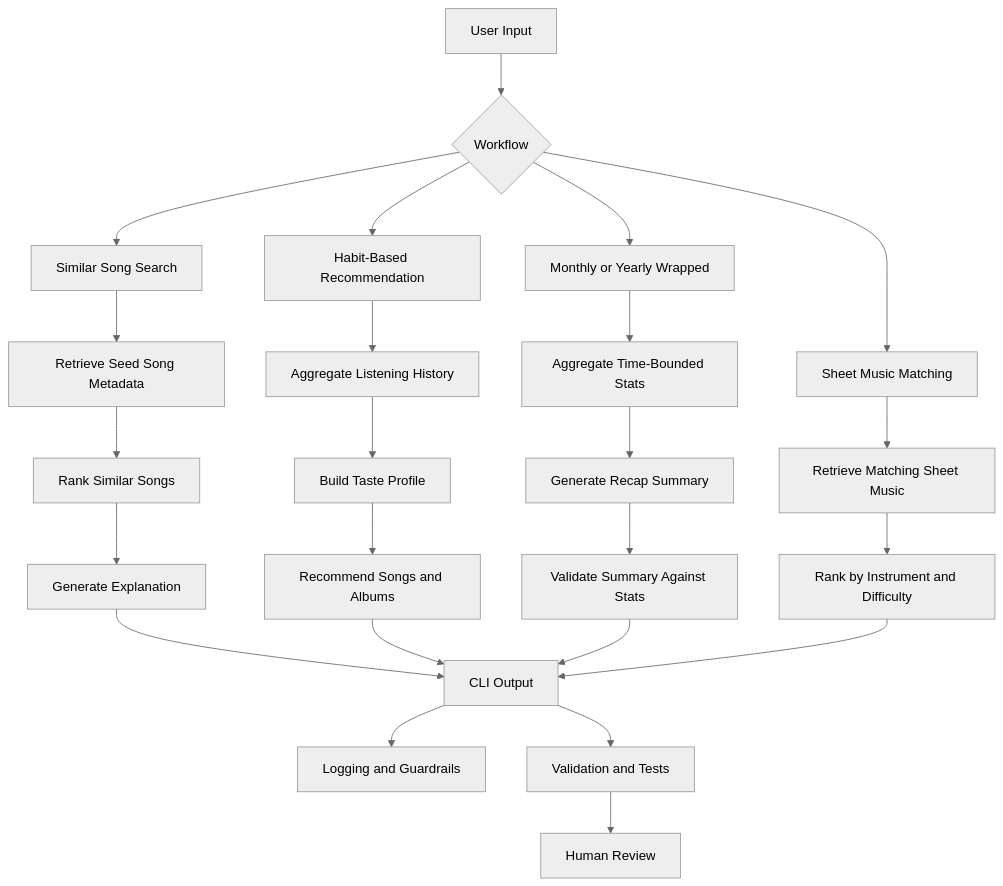
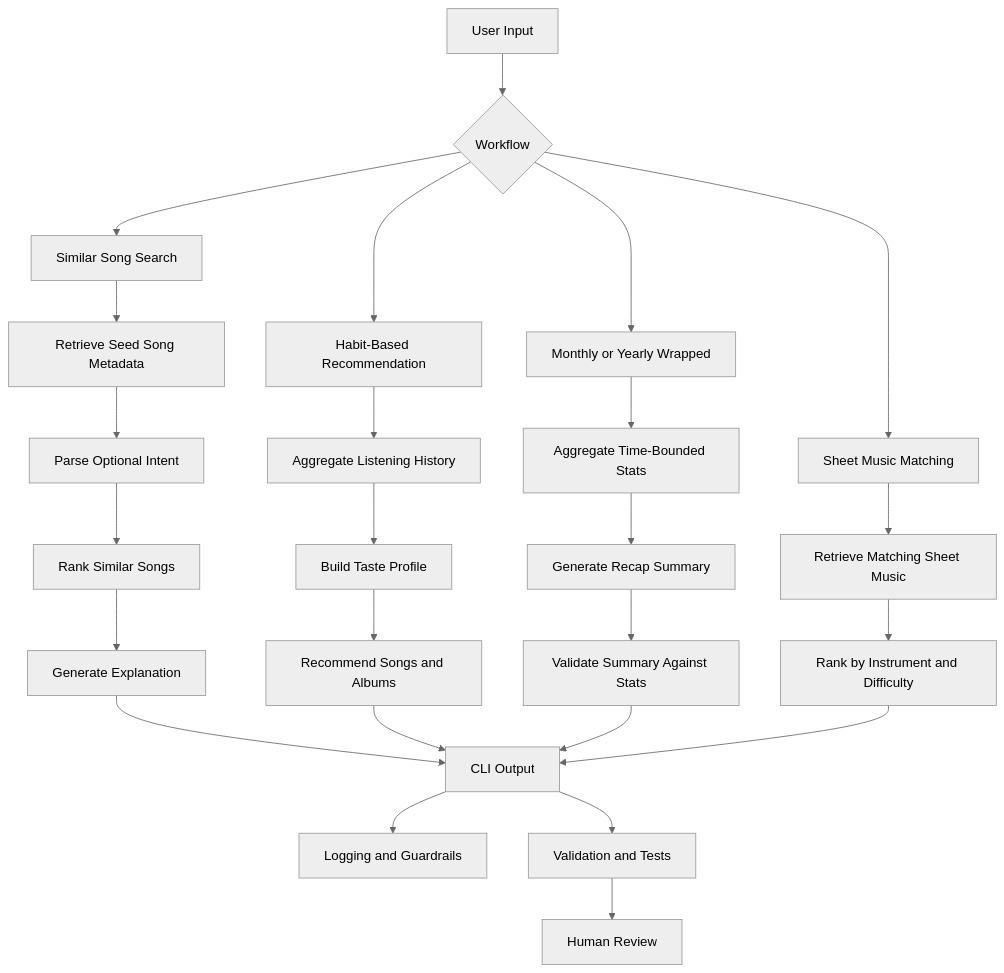
One commit to yichen057/Music-Companion changed the diagram in README.md. Above: the diagram before and after it, drawn with Mermaid (neutral theme). The commit also changed other lines of this file and 7 other files, not shown here.

Commit message:
Add Gemini intent parsing for similar song recommendations

````diff
--- a/README.md
+++ b/README.md
@@ -95,32 +101,33 @@
 ```mermaid
 flowchart TD
     A[User Input] --> B{Workflow}
     B --> C[Similar Song Search]
     B --> D[Habit-Based Recommendation]
     B --> E[Monthly or Yearly Wrapped]
     B --> F[Sheet Music Matching]
 
     C --> G[Retrieve Seed Song Metadata]
-    G --> H[Rank Similar Songs]
+    G --> V[Parse Optional Intent]
+    V --> H[Rank Similar Songs]
     H --> I[Generate Explanation]
 
     D --> J[Aggregate Listening History]
     J --> K[Build Taste Profile]
     K --> L[Recommend Songs and Albums]
 
     E --> M[Aggregate Time-Bounded Stats]
     M --> N[Generate Recap Summary]
     N --> O[Validate Summary Against Stats]
 
     F --> P[Retrieve Matching Sheet Music]
     P --> Q[Rank by Instrument and Difficulty]
 
     I --> R[CLI Output]
     L --> R
     O --> R
     Q --> R
 
     R --> S[Logging and Guardrails]
     R --> T[Validation and Tests]
     T --> U[Human Review]
 ```
````
